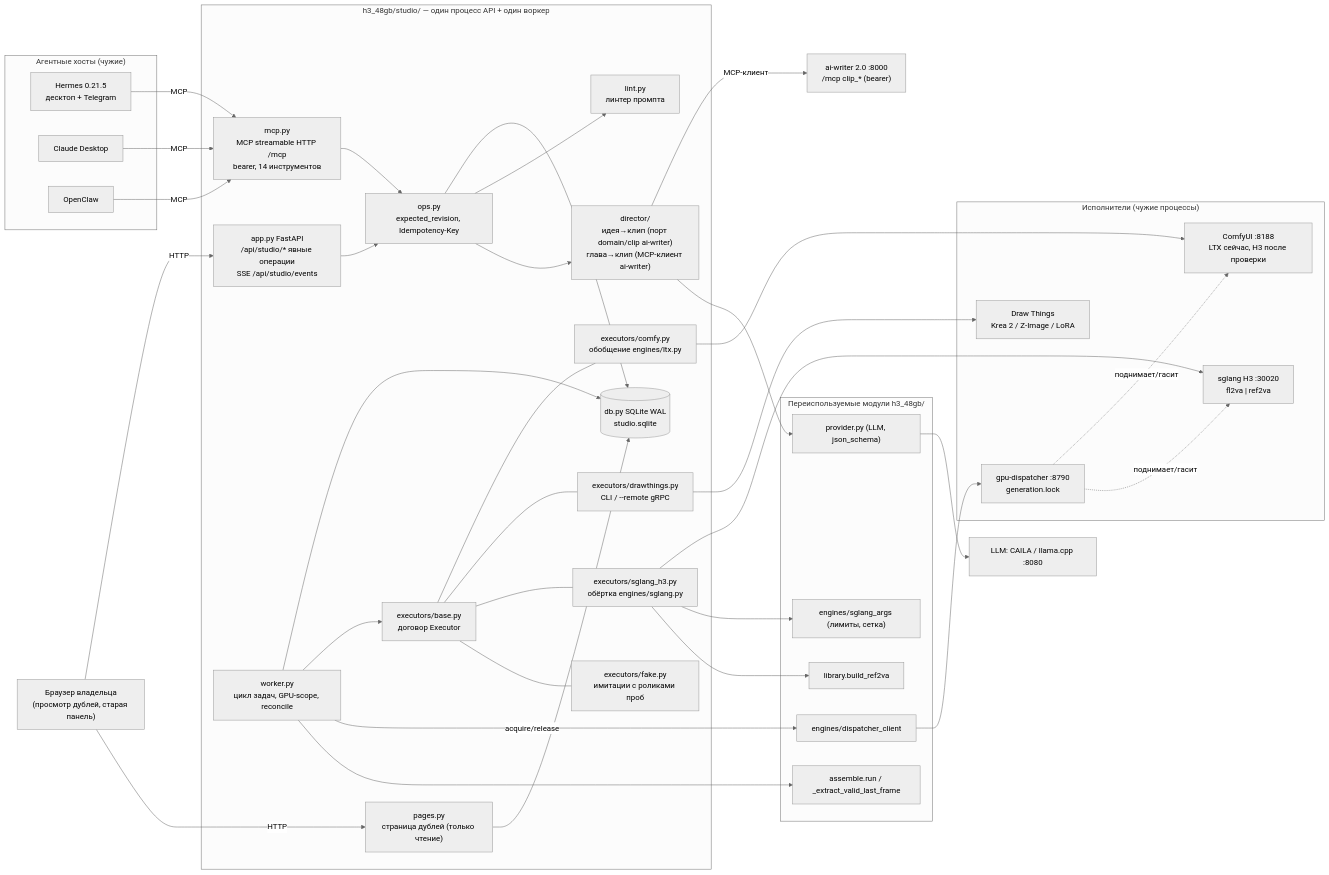
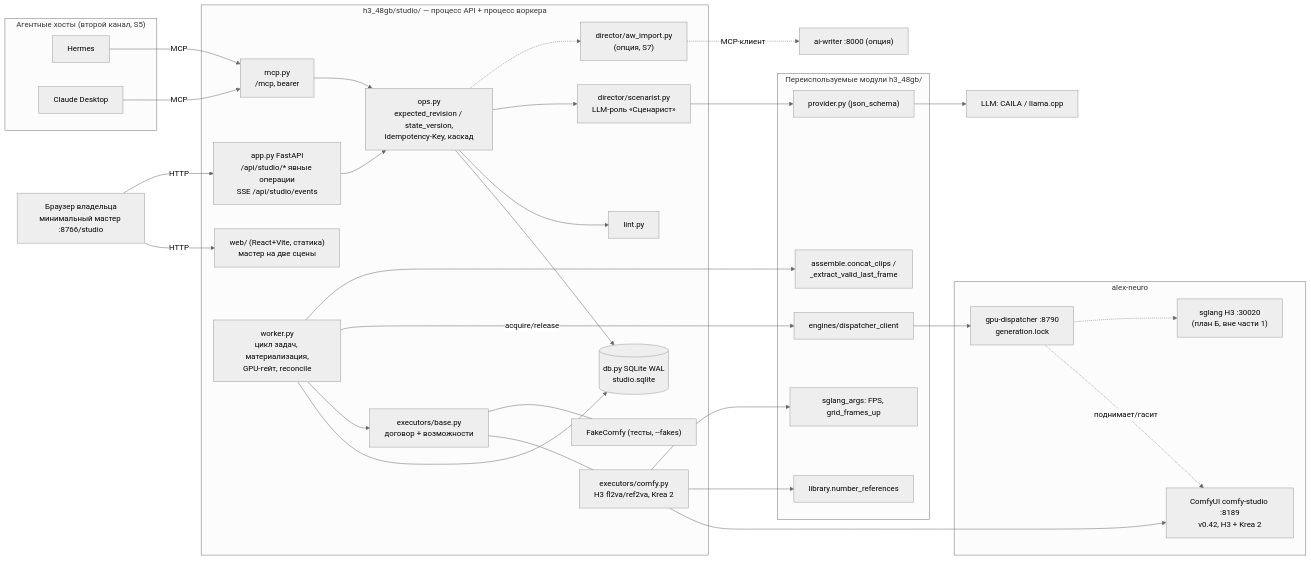
One commit to AlexeyKorzhebin/minimax-h3-mlx-48gb changed the first of 6 diagrams in docs/superpowers/specs/2026-10-10-studio-part1-core-design.md. Above: the diagram before and after it, drawn with Mermaid (neutral theme). The commit also changed other lines of this file and 2 other files, not shown here.

Commit message:
docs(studio): спека части 1, редакция 2 — ревью Codex, ComfyUI основной исполнитель, свой сценарист, решения владельца

````diff
--- a/docs/superpowers/specs/2026-10-10-studio-part1-core-design.md
+++ b/docs/superpowers/specs/2026-10-10-studio-part1-core-design.md
@@ -108,62 +144,56 @@
 ```mermaid
 flowchart LR
-  subgraph HOSTS["Агентные хосты (чужие)"]
-    HER["Hermes 0.21.5<br/>десктоп + Telegram"]
+  BR["Браузер владельца<br/>минимальный мастер :8766/studio"]
+  subgraph HOSTS["Агентные хосты (второй канал, S5)"]
+    HER["Hermes"]
     CLD["Claude Desktop"]
-    OCL["OpenClaw"]
   end
-  BR["Браузер владельца<br/>(просмотр дублей, старая панель)"]
-  subgraph STUDIO["h3_48gb/studio/ — один процесс API + один воркер"]
-    MCP["mcp.py<br/>MCP streamable HTTP /mcp<br/>bearer, 14 инструментов"]
+  subgraph STUDIO["h3_48gb/studio/ — процесс API + процесс воркера"]
+    WEB["web/ (React+Vite, статика)<br/>мастер на две сцены"]
     API["app.py FastAPI<br/>/api/studio/* явные операции<br/>SSE /api/studio/events"]
-    OPS["ops.py<br/>expected_revision, Idempotency-Key"]
-    LINT["lint.py<br/>линтер промпта"]
-    DIR["director/<br/>идея→клип (порт domain/clip ai-writer)<br/>глава→клип (MCP-клиент ai-writer)"]
+    MCP["mcp.py<br/>/mcp, bearer"]
+    OPS["ops.py<br/>expected_revision / state_version,<br/>Idempotency-Key, каскад"]
+    LINT["lint.py"]
+    DIR["director/scenarist.py<br/>LLM-роль «Сценарист»"]
+    AWI["director/aw_import.py<br/>(опция, S7)"]
     DB[("db.py SQLite WAL<br/>studio.sqlite")]
-    WRK["worker.py<br/>цикл задач, GPU-scope, reconcile"]
-    EXB["executors/base.py<br/>договор Executor"]
-    EXC["executors/comfy.py<br/>обобщение engines/ltx.py"]
-    EXD["executors/drawthings.py<br/>CLI / --remote gRPC"]
-    EXS["executors/sglang_h3.py<br/>обёртка engines/sglang.py"]
-    EXF["executors/fake.py<br/>имитации с роликами проб"]
-    PAGE["pages.py<br/>страница дублей (только чтение)"]
+    WRK["worker.py<br/>цикл задач, материализация,<br/>GPU-гейт, reconcile"]
+    EXB["executors/base.py<br/>договор + возможности"]
+    EXC["executors/comfy.py<br/>H3 fl2va/ref2va, Krea 2"]
+    EXF["FakeComfy (тесты, --fakes)"]
   end
   subgraph LEGACY["Переиспользуемые модули h3_48gb/"]
-    LIB["library.build_ref2va"]
-    ASM["assemble.run / _extract_valid_last_frame"]
-    PRV["provider.py (LLM, json_schema)"]
-    SGA["engines/sglang_args (лимиты, сетка)"]
+    LIB["library.number_references"]
+    ASM["assemble.concat_clips /<br/>_extract_valid_last_frame"]
+    PRV["provider.py (json_schema)"]
+    GRID["sglang_args: FPS, grid_frames_up"]
     DCL["engines/dispatcher_client"]
   end
-  subgraph EXEC["Исполнители (чужие процессы)"]
-    CMF["ComfyUI :8188<br/>LTX сейчас, H3 после проверки"]
-    DT["Draw Things<br/>Krea 2 / Z-Image / LoRA"]
-    SGL["sglang H3 :30020<br/>fl2va | ref2va"]
+  subgraph NEURO["alex-neuro"]
+    CMF["ComfyUI comfy-studio :8189<br/>v0.42, H3 + Krea 2"]
     GPU["gpu-dispatcher :8790<br/>generation.lock"]
+    SGL["sglang H3 :30020<br/>(план Б, вне части 1)"]
   end
-  AW["ai-writer 2.0 :8000<br/>/mcp clip_* (bearer)"]
-  LLM["LLM: CAILA / llama.cpp :8080"]
+  AW["ai-writer :8000 (опция)"]
+  LLM["LLM: CAILA / llama.cpp"]
 
-  HER & CLD & OCL -->|MCP| MCP
+  BR -->|HTTP| WEB
   BR -->|HTTP| API
-  BR -->|HTTP| PAGE
+  HER & CLD -->|MCP| MCP
   MCP --> OPS
   API --> OPS
   OPS --> DB
   OPS --> LINT
-  OPS --> DIR
-  DIR -->|MCP-клиент| AW
-  DIR --> PRV --> LLM
+  OPS --> DIR --> PRV --> LLM
+  OPS -.-> AWI -.->|MCP-клиент| AW
   WRK --> DB
   WRK --> EXB
-  EXB --- EXC & EXD & EXS & EXF
+  EXB --- EXC & EXF
   EXC --> CMF
-  EXD --> DT
-  EXS --> SGL
-  EXS --> SGA
-  EXS --> LIB
+  EXC --> LIB
+  EXC --> GRID
   WRK -->|acquire/release| DCL --> GPU
-  GPU -.поднимает/гасит.-> CMF & SGL
+  GPU -.поднимает/гасит.-> CMF
+  GPU -.-> SGL
   WRK --> ASM
-  PAGE --> DB
 ```
````
